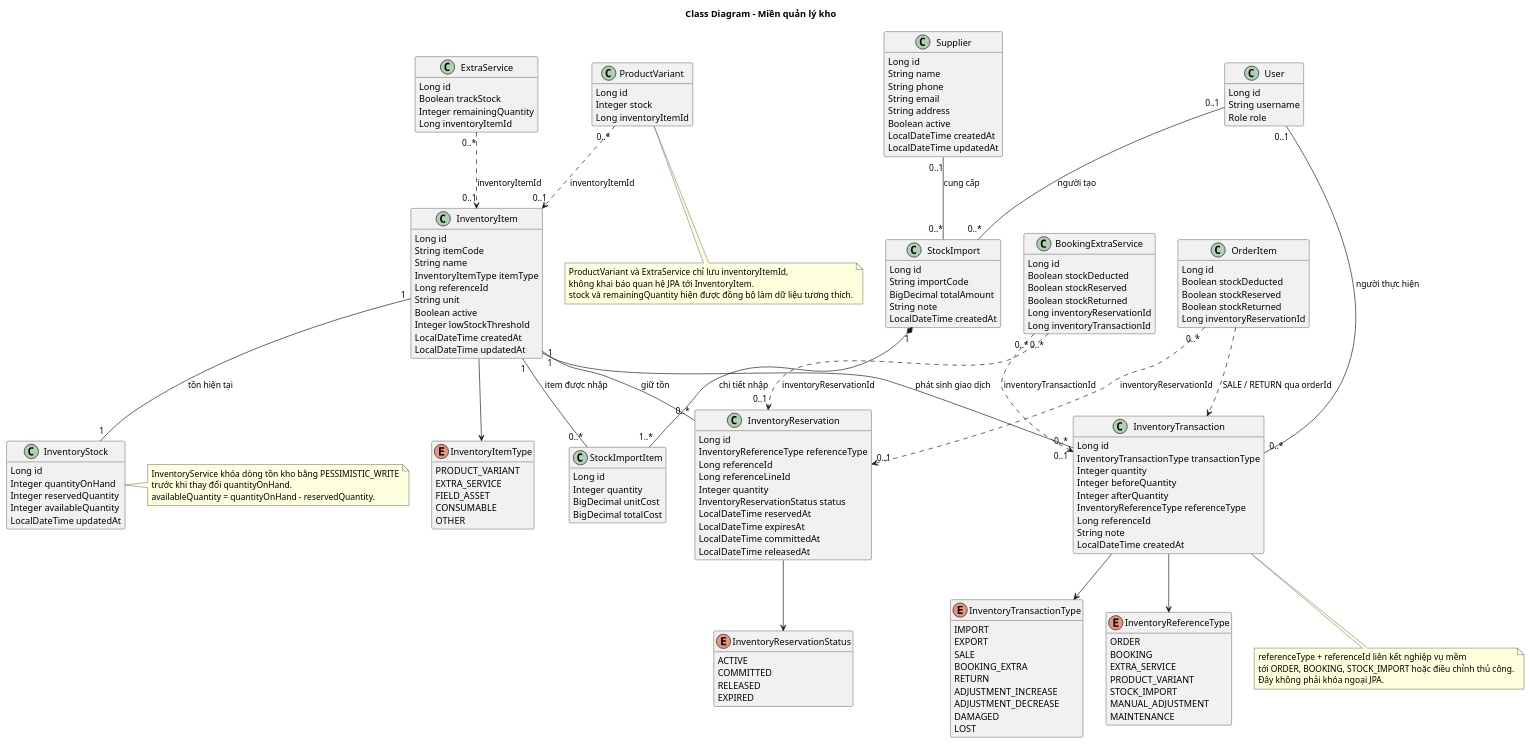
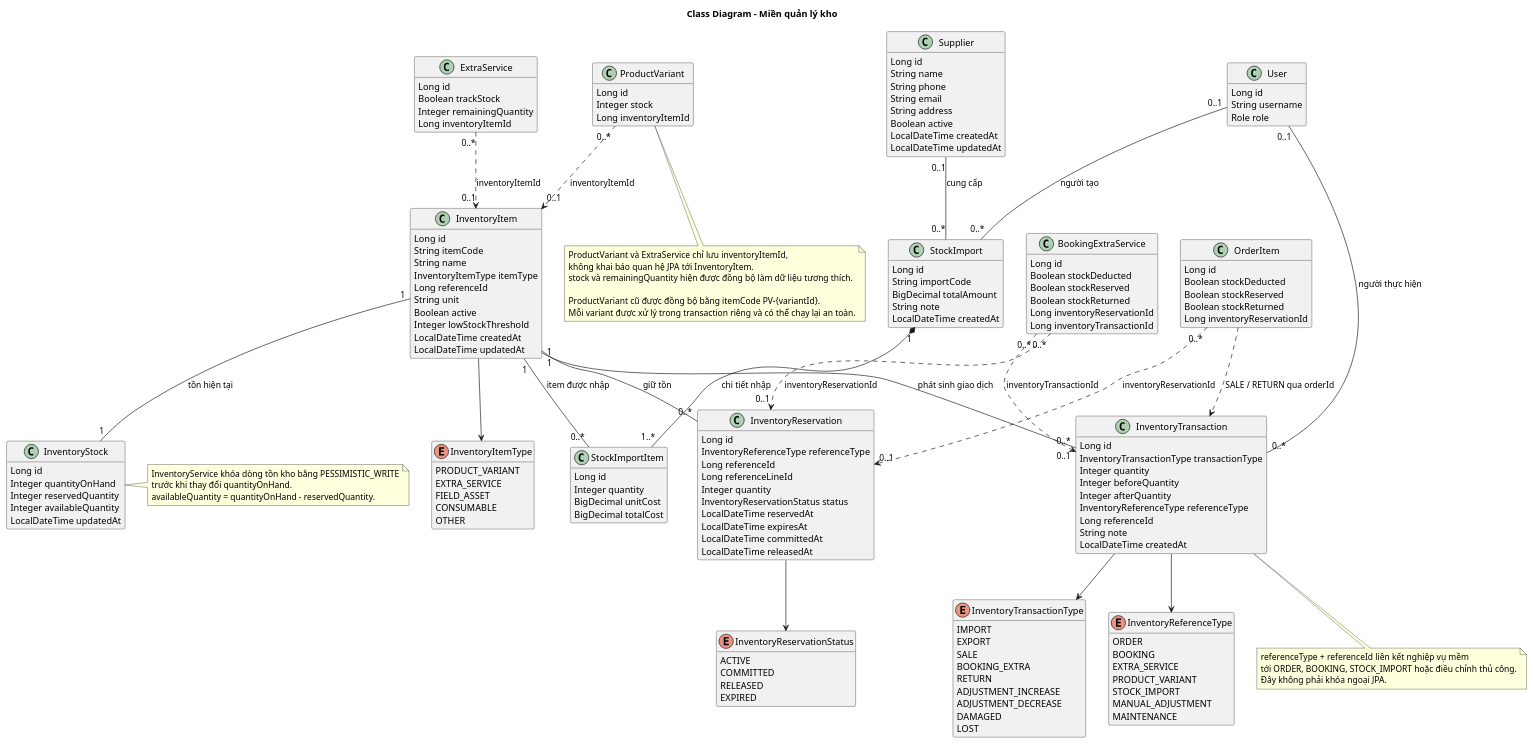
Before and after one commit to KyAnhhh/football-booking-system: the diagram in docs/diagrams/10-class-diagram-inventory-domain.puml, drawn with PlantUML. The commit also changed 54 other files, not shown here.

```diff
--- a/docs/diagrams/10-class-diagram-inventory-domain.puml
+++ b/docs/diagrams/10-class-diagram-inventory-domain.puml
@@ -1,192 +1,195 @@
 @startuml
 title Class Diagram - Miền quản lý kho
 
 skinparam classAttributeIconSize 0
 skinparam shadowing false
 hide methods
 
 class InventoryItem {
   Long id
   String itemCode
   String name
   InventoryItemType itemType
   Long referenceId
   String unit
   Boolean active
   Integer lowStockThreshold
   LocalDateTime createdAt
   LocalDateTime updatedAt
 }
 
 class InventoryStock {
   Long id
   Integer quantityOnHand
   Integer reservedQuantity
   Integer availableQuantity
   LocalDateTime updatedAt
 }
 
 class InventoryTransaction {
   Long id
   InventoryTransactionType transactionType
   Integer quantity
   Integer beforeQuantity
   Integer afterQuantity
   InventoryReferenceType referenceType
   Long referenceId
   String note
   LocalDateTime createdAt
 }
 
 class InventoryReservation {
   Long id
   InventoryReferenceType referenceType
   Long referenceId
   Long referenceLineId
   Integer quantity
   InventoryReservationStatus status
   LocalDateTime reservedAt
   LocalDateTime expiresAt
   LocalDateTime committedAt
   LocalDateTime releasedAt
 }
 
 class Supplier {
   Long id
   String name
   String phone
   String email
   String address
   Boolean active
   LocalDateTime createdAt
   LocalDateTime updatedAt
 }
 
 class StockImport {
   Long id
   String importCode
   BigDecimal totalAmount
   String note
   LocalDateTime createdAt
 }
 
 class StockImportItem {
   Long id
   Integer quantity
   BigDecimal unitCost
   BigDecimal totalCost
 }
 
 class User {
   Long id
   String username
   Role role
 }
 
 class ProductVariant {
   Long id
   Integer stock
   Long inventoryItemId
 }
 
 class ExtraService {
   Long id
   Boolean trackStock
   Integer remainingQuantity
   Long inventoryItemId
 }
 
 class OrderItem {
   Long id
   Boolean stockDeducted
   Boolean stockReserved
   Boolean stockReturned
   Long inventoryReservationId
 }
 
 class BookingExtraService {
   Long id
   Boolean stockDeducted
   Boolean stockReserved
   Boolean stockReturned
   Long inventoryReservationId
   Long inventoryTransactionId
 }
 
 enum InventoryItemType {
   PRODUCT_VARIANT
   EXTRA_SERVICE
   FIELD_ASSET
   CONSUMABLE
   OTHER
 }
 
 enum InventoryTransactionType {
   IMPORT
   EXPORT
   SALE
   BOOKING_EXTRA
   RETURN
   ADJUSTMENT_INCREASE
   ADJUSTMENT_DECREASE
   DAMAGED
   LOST
 }
 
 enum InventoryReferenceType {
   ORDER
   BOOKING
   EXTRA_SERVICE
   PRODUCT_VARIANT
   STOCK_IMPORT
   MANUAL_ADJUSTMENT
   MAINTENANCE
 }
 
 enum InventoryReservationStatus {
   ACTIVE
   COMMITTED
   RELEASED
   EXPIRED
 }
 
 InventoryItem "1" -- "1" InventoryStock : tồn hiện tại
 InventoryItem "1" -- "0..*" InventoryTransaction : phát sinh giao dịch
 InventoryItem "1" -- "0..*" InventoryReservation : giữ tồn
 Supplier "0..1" -- "0..*" StockImport : cung cấp
 StockImport "1" *-- "1..*" StockImportItem : chi tiết nhập
 InventoryItem "1" -- "0..*" StockImportItem : item được nhập
 User "0..1" -- "0..*" StockImport : người tạo
 User "0..1" -- "0..*" InventoryTransaction : người thực hiện
 
 ProductVariant "0..*" ..> "0..1" InventoryItem : inventoryItemId
 ExtraService "0..*" ..> "0..1" InventoryItem : inventoryItemId
 OrderItem ..> InventoryTransaction : SALE / RETURN qua orderId
 OrderItem "0..*" ..> "0..1" InventoryReservation : inventoryReservationId
 BookingExtraService "0..*" ..> "0..1" InventoryTransaction : inventoryTransactionId
 BookingExtraService "0..*" ..> "0..1" InventoryReservation : inventoryReservationId
 
 InventoryItem --> InventoryItemType
 InventoryTransaction --> InventoryTransactionType
 InventoryTransaction --> InventoryReferenceType
 InventoryReservation --> InventoryReservationStatus
 
 note right of InventoryStock
   InventoryService khóa dòng tồn kho bằng PESSIMISTIC_WRITE
   trước khi thay đổi quantityOnHand.
   availableQuantity = quantityOnHand - reservedQuantity.
 end note
 
 note bottom of ProductVariant
   ProductVariant và ExtraService chỉ lưu inventoryItemId,
   không khai báo quan hệ JPA tới InventoryItem.
   stock và remainingQuantity hiện được đồng bộ làm dữ liệu tương thích.
+
+  ProductVariant cũ được đồng bộ bằng itemCode PV-{variantId}.
+  Mỗi variant được xử lý trong transaction riêng và có thể chạy lại an toàn.
 end note
 
 note bottom of InventoryTransaction
   referenceType + referenceId liên kết nghiệp vụ mềm
   tới ORDER, BOOKING, STOCK_IMPORT hoặc điều chỉnh thủ công.
   Đây không phải khóa ngoại JPA.
 end note
 
 @enduml
```
